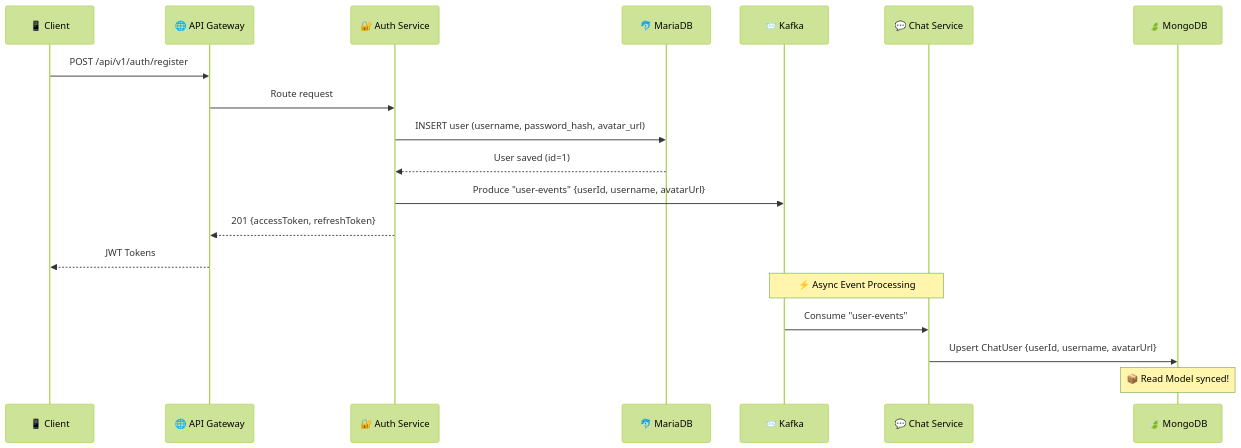
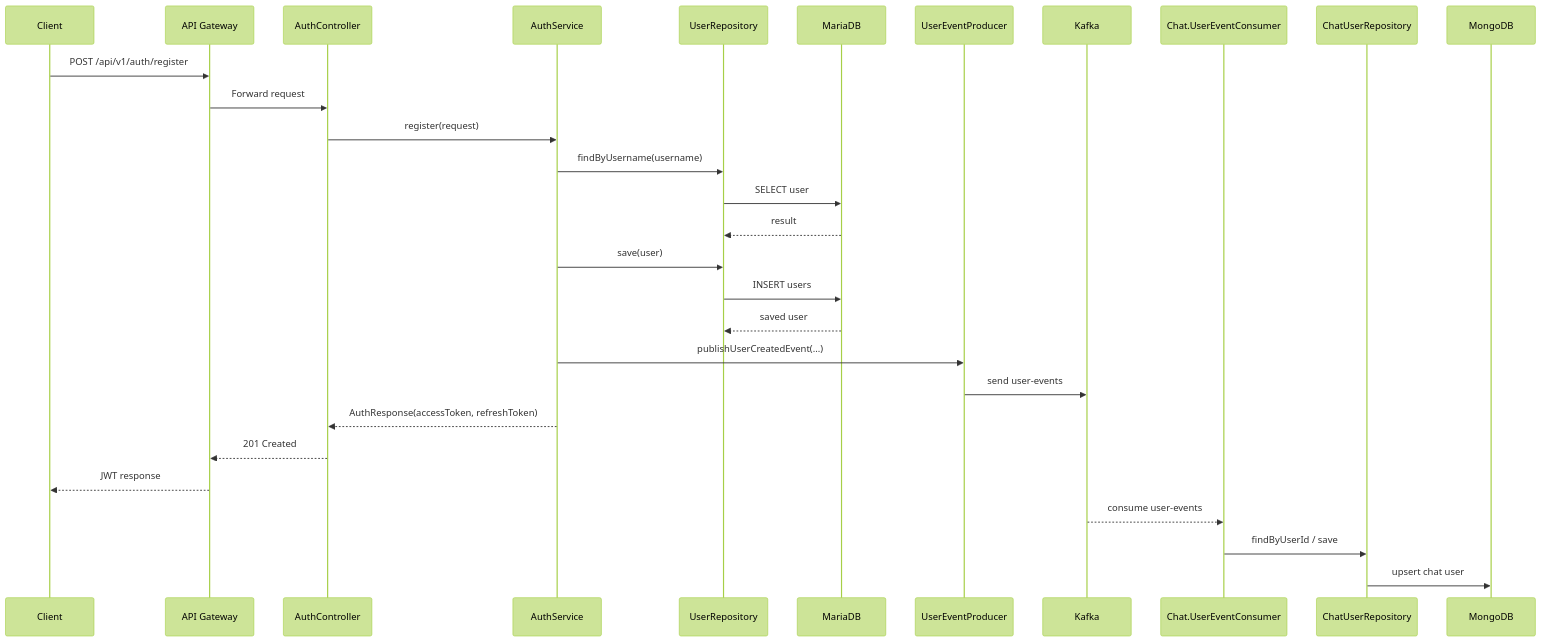
One commit to Hiep0718/IUH_CONNECT changed the fifth of 13 diagrams in README.md. Above: the diagram before and after it, drawn with Mermaid (forest theme). The commit also changed other lines of this file and 20 other files, not shown here.

````diff
--- a/README.md
+++ b/README.md
@@ -88,23 +200,33 @@
 ```mermaid
 sequenceDiagram
-    participant Client as 📱 Client
-    participant Gateway as 🌐 API Gateway
-    participant Auth as 🔐 Auth Service
-    participant MariaDB as 🐬 MariaDB
-    participant Kafka as 📨 Kafka
-    participant Chat as 💬 Chat Service
-    participant MongoDB as 🍃 MongoDB
+    participant Client as Client
+    participant Gateway as API Gateway
+    participant AuthController as AuthController
+    participant AuthService as AuthService
+    participant UserRepo as UserRepository
+    participant MariaDB as MariaDB
+    participant Producer as UserEventProducer
+    participant Kafka as Kafka
+    participant UserEventConsumer as Chat.UserEventConsumer
+    participant ChatUserRepo as ChatUserRepository
+    participant MongoDB as MongoDB
 
     Client->>Gateway: POST /api/v1/auth/register
-    Gateway->>Auth: Route request
-    Auth->>MariaDB: INSERT user (username, password_hash, avatar_url)
-    MariaDB-->>Auth: User saved (id=1)
-    Auth->>Kafka: Produce "user-events" {userId, username, avatarUrl}
-    Auth-->>Gateway: 201 {accessToken, refreshToken}
-    Gateway-->>Client: JWT Tokens
+    Gateway->>AuthController: Forward request
+    AuthController->>AuthService: register(request)
+    AuthService->>UserRepo: findByUsername(username)
+    UserRepo->>MariaDB: SELECT user
+    MariaDB-->>UserRepo: result
+    AuthService->>UserRepo: save(user)
+    UserRepo->>MariaDB: INSERT users
+    MariaDB-->>UserRepo: saved user
+    AuthService->>Producer: publishUserCreatedEvent(...)
+    Producer->>Kafka: send user-events
+    AuthService-->>AuthController: AuthResponse(accessToken, refreshToken)
+    AuthController-->>Gateway: 201 Created
+    Gateway-->>Client: JWT response
 
-    Note over Kafka,Chat: ⚡ Async Event Processing
-    Kafka->>Chat: Consume "user-events"
-    Chat->>MongoDB: Upsert ChatUser {userId, username, avatarUrl}
-    Note over MongoDB: 📦 Read Model synced!
+    Kafka-->>UserEventConsumer: consume user-events
+    UserEventConsumer->>ChatUserRepo: findByUserId / save
+    ChatUserRepo->>MongoDB: upsert chat user
 ```
````
